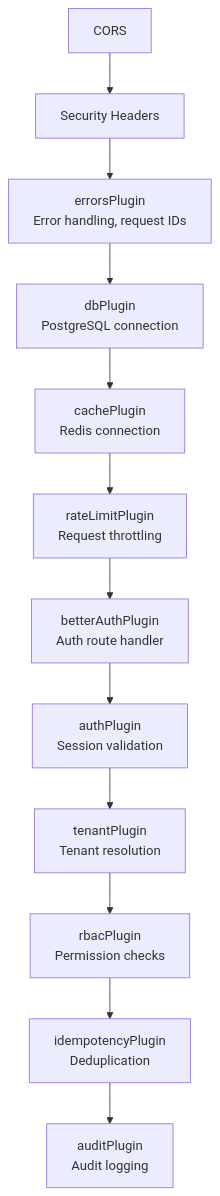
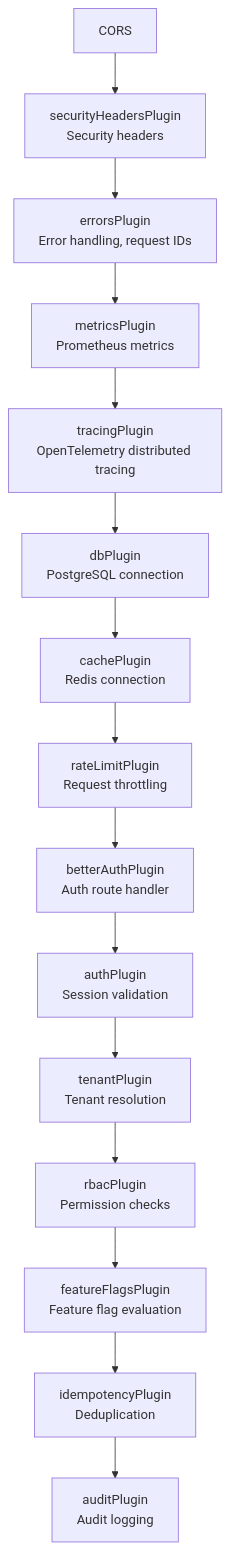
The third of 8 diagrams in Docs/architecture/ARCHITECTURE.md (Staffora-HRIS/HRISystem), drawn with Mermaid before and after one commit. The commit also changed other lines of this file and 200 other files, not shown here.

````diff
--- a/Docs/architecture/ARCHITECTURE.md
+++ b/Docs/architecture/ARCHITECTURE.md
@@ -82,14 +82,17 @@
 ```mermaid
 graph TD
-    CORS[CORS] --> SecHeaders[Security Headers]
+    CORS[CORS] --> SecHeaders[securityHeadersPlugin<br/>Security headers]
     SecHeaders --> Errors[errorsPlugin<br/>Error handling, request IDs]
-    Errors --> DB[dbPlugin<br/>PostgreSQL connection]
+    Errors --> Metrics[metricsPlugin<br/>Prometheus metrics]
+    Metrics --> Tracing[tracingPlugin<br/>OpenTelemetry distributed tracing]
+    Tracing --> DB[dbPlugin<br/>PostgreSQL connection]
     DB --> Cache[cachePlugin<br/>Redis connection]
     Cache --> RateLimit[rateLimitPlugin<br/>Request throttling]
     RateLimit --> BetterAuth[betterAuthPlugin<br/>Auth route handler]
     BetterAuth --> Auth[authPlugin<br/>Session validation]
     Auth --> Tenant[tenantPlugin<br/>Tenant resolution]
     Tenant --> RBAC[rbacPlugin<br/>Permission checks]
-    RBAC --> Idempotency[idempotencyPlugin<br/>Deduplication]
+    RBAC --> FeatureFlags[featureFlagsPlugin<br/>Feature flag evaluation]
+    FeatureFlags --> Idempotency[idempotencyPlugin<br/>Deduplication]
     Idempotency --> Audit[auditPlugin<br/>Audit logging]
 ```
````
